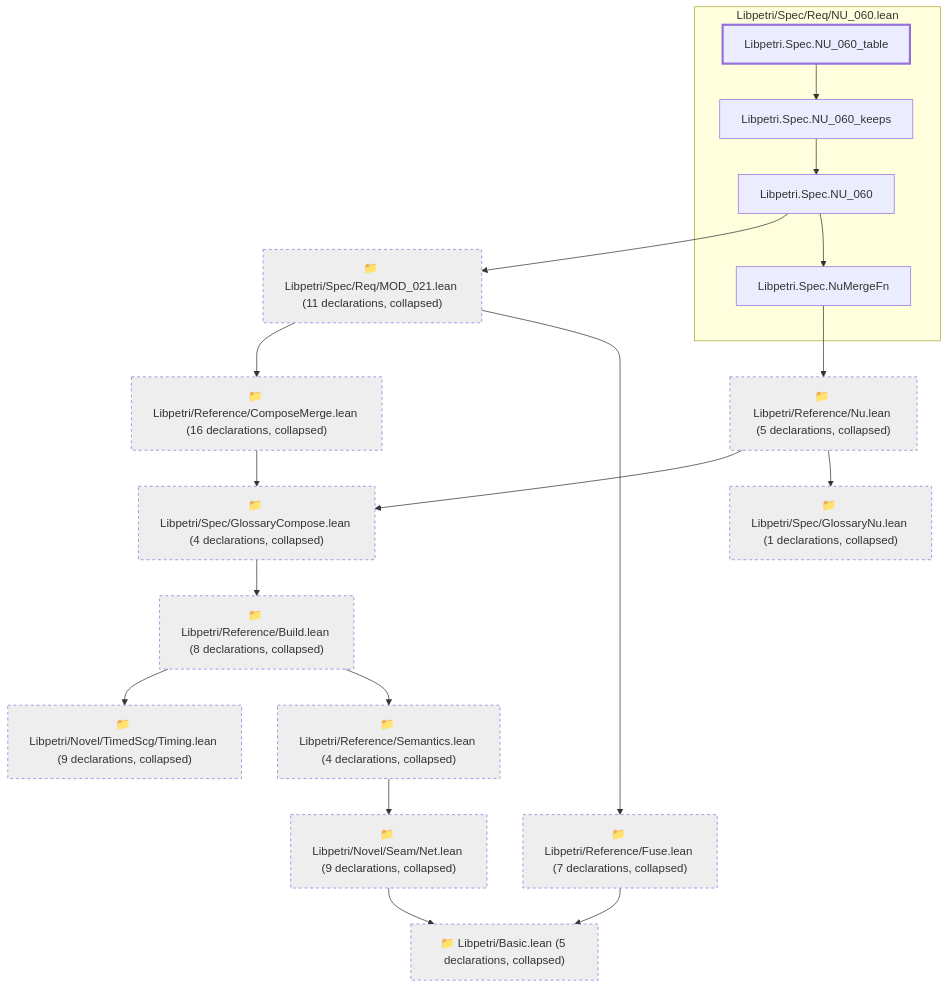
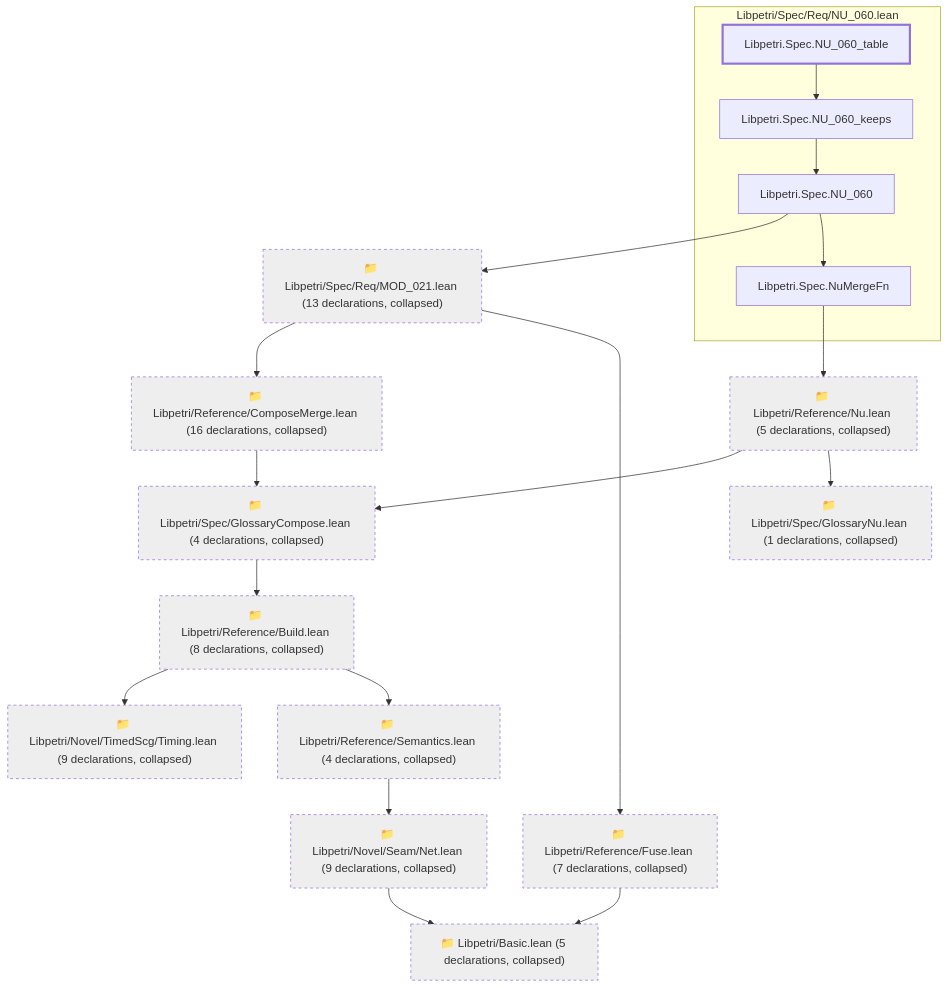
One commit to debe/libpetri changed the diagram in lean/graph/requirements/NU-060.md. Above: the diagram before and after it, drawn with Mermaid. The commit also changed other lines of this file and 393 other files, not shown here.

First line of the commit message:
feat(spec): AI sign-off of every Lean requirement block; defect ledger closed

````diff
--- a/lean/graph/requirements/NU-060.md
+++ b/lean/graph/requirements/NU-060.md
@@ -13,41 +13,41 @@
 ```mermaid
 flowchart TD
   subgraph g0["Libpetri/Spec/Req/NU_060.lean"]
-    n9060["Libpetri.Spec.NU_060"]
-    n9069["Libpetri.Spec.NU_060_keeps"]
-    n9079["Libpetri.Spec.NU_060_table"]
-    n9221["Libpetri.Spec.NuMergeFn"]
+    n9158["Libpetri.Spec.NU_060"]
+    n9167["Libpetri.Spec.NU_060_keeps"]
+    n9177["Libpetri.Spec.NU_060_table"]
+    n9326["Libpetri.Spec.NuMergeFn"]
   end
   c0["📁 Libpetri/Basic.lean (5 declarations, collapsed)"]
   c54["📁 Libpetri/Novel/Seam/Net.lean (9 declarations, collapsed)"]
   c66["📁 Libpetri/Novel/TimedScg/Timing.lean (9 declarations, collapsed)"]
   c71["📁 Libpetri/Reference/Build.lean (8 declarations, collapsed)"]
   c76["📁 Libpetri/Reference/ComposeMerge.lean (16 declarations, collapsed)"]
   c84["📁 Libpetri/Reference/Fuse.lean (7 declarations, collapsed)"]
   c87["📁 Libpetri/Reference/Nu.lean (5 declarations, collapsed)"]
   c94["📁 Libpetri/Reference/Semantics.lean (4 declarations, collapsed)"]
   c135["📁 Libpetri/Spec/GlossaryCompose.lean (4 declarations, collapsed)"]
   c142["📁 Libpetri/Spec/GlossaryNu.lean (1 declarations, collapsed)"]
-  c285["📁 Libpetri/Spec/Req/MOD_021.lean (11 declarations, collapsed)"]
+  c285["📁 Libpetri/Spec/Req/MOD_021.lean (13 declarations, collapsed)"]
   c54 --> c0
   c71 --> c66
   c71 --> c94
   c76 --> c135
   c84 --> c0
   c87 --> c135
   c87 --> c142
   c94 --> c54
   c135 --> c71
   c285 --> c76
   c285 --> c84
-  n9060 --> c285
-  n9060 --> n9221
-  n9069 --> n9060
-  n9079 --> n9069
-  n9221 --> c87
+  n9158 --> c285
+  n9158 --> n9326
+  n9167 --> n9158
+  n9177 --> n9167
+  n9326 --> c87
   classDef root stroke-width:3px
   classDef locked fill:#fff3cd,stroke:#b8860b
   classDef collapsed fill:#eeeeee,stroke-dasharray:4 4
-  class n9079 root
+  class n9177 root
   class c0,c54,c66,c71,c76,c84,c87,c94,c135,c142,c285 collapsed
 ```
````
